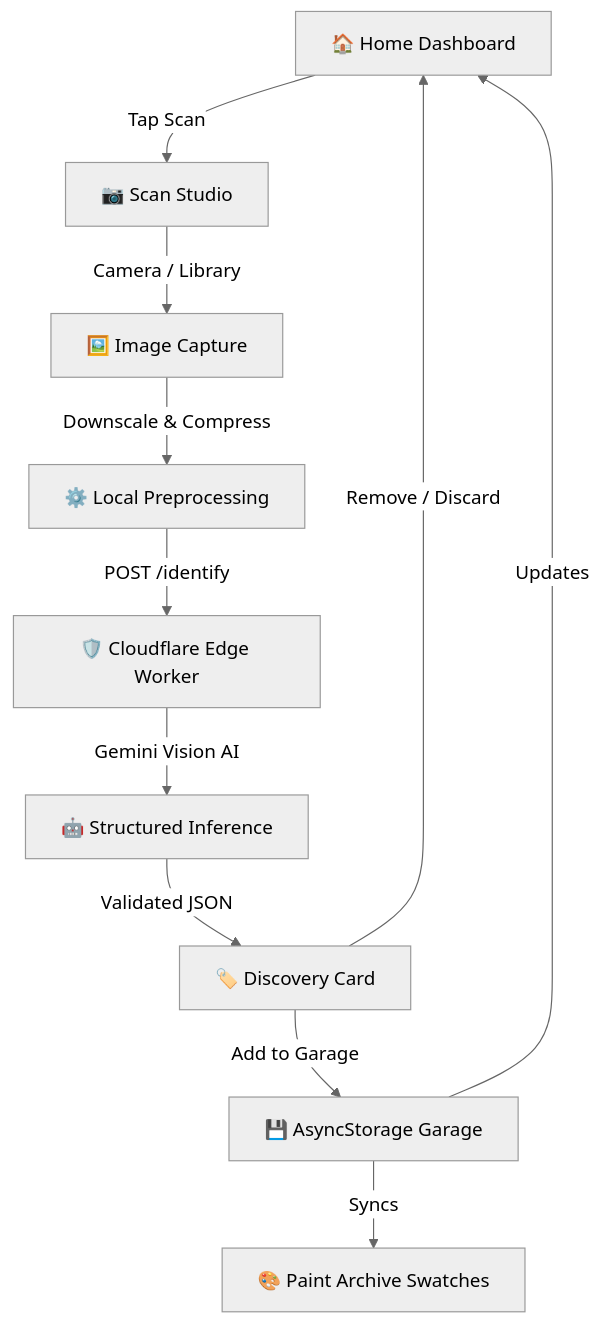
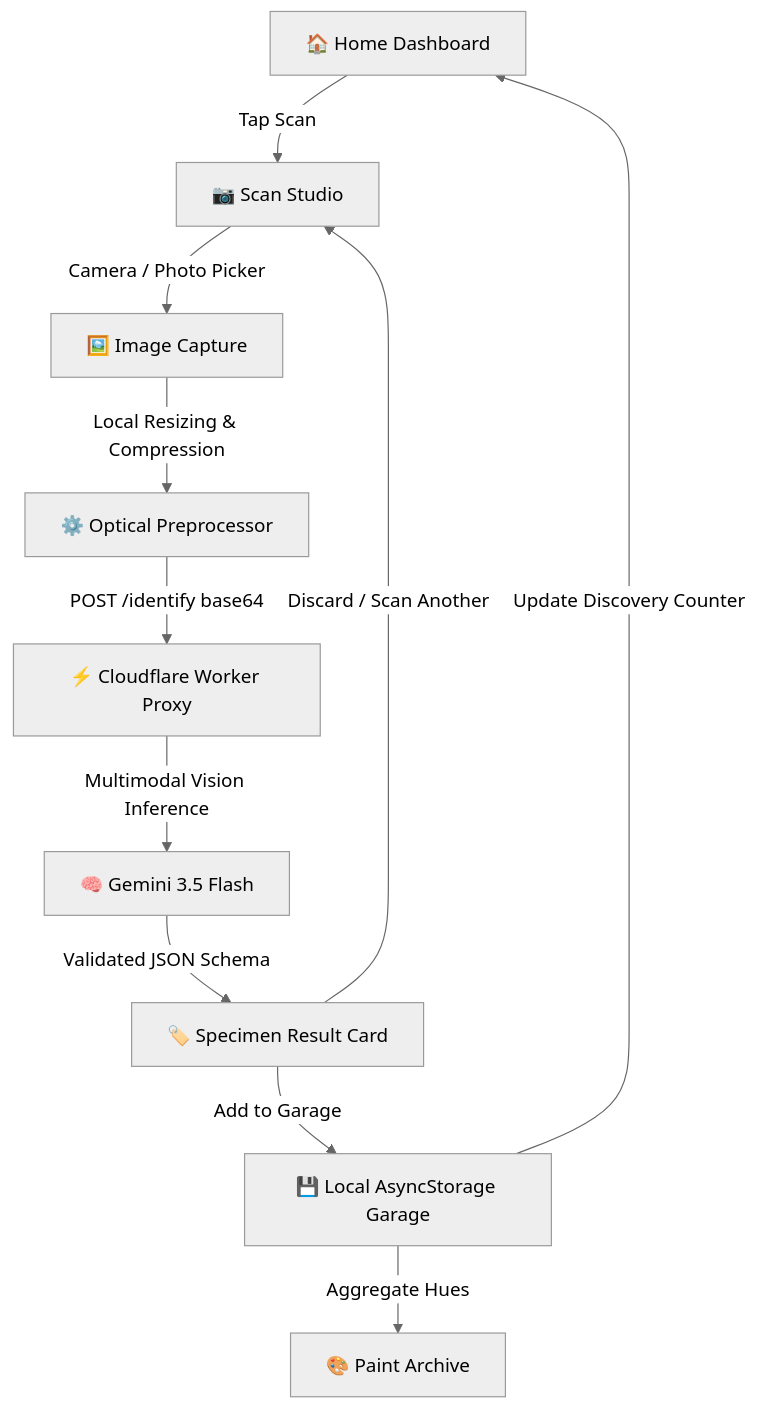
Before and after one commit to Suhaid11/CarDex: the first of 3 diagrams in README.md, drawn with Mermaid (neutral theme). The commit also changed other lines of this file and 5 other files, not shown here.

````diff
--- a/README.md
+++ b/README.md
@@ -70,13 +96,13 @@
 ```mermaid
 flowchart TD
-    A[🏠 Home Dashboard] -->|Tap Scan| B[📷 Scan Studio]
-    B -->|Camera / Library| C[🖼️ Image Capture]
-    C -->|Downscale & Compress| D[⚙️ Local Preprocessing]
-    D -->|POST /identify| E[🛡️ Cloudflare Edge Worker]
-    E -->|Gemini Vision AI| F[🤖 Structured Inference]
-    F -->|Validated JSON| G[🏷️ Discovery Card]
-    G -->|Remove / Discard| A
-    G -->|Add to Garage| H[💾 AsyncStorage Garage]
-    H -->|Syncs| I[🎨 Paint Archive Swatches]
-    H -->|Updates| A
+    Home[🏠 Home Dashboard] -->|Tap Scan| Scan[📷 Scan Studio]
+    Scan -->|Camera / Photo Picker| Capture[🖼️ Image Capture]
+    Capture -->|Local Resizing & Compression| Preprocess[⚙️ Optical Preprocessor]
+    Preprocess -->|POST /identify base64| Proxy[⚡ Cloudflare Worker Proxy]
+    Proxy -->|Multimodal Vision Inference| Gemini[🧠 Gemini 3.5 Flash]
+    Gemini -->|Validated JSON Schema| Result[🏷️ Specimen Result Card]
+    Result -->|Discard / Scan Another| Scan
+    Result -->|Add to Garage| Garage[💾 Local AsyncStorage Garage]
+    Garage -->|Aggregate Hues| Palette[🎨 Paint Archive]
+    Garage -->|Update Discovery Counter| Home
 ```
````
